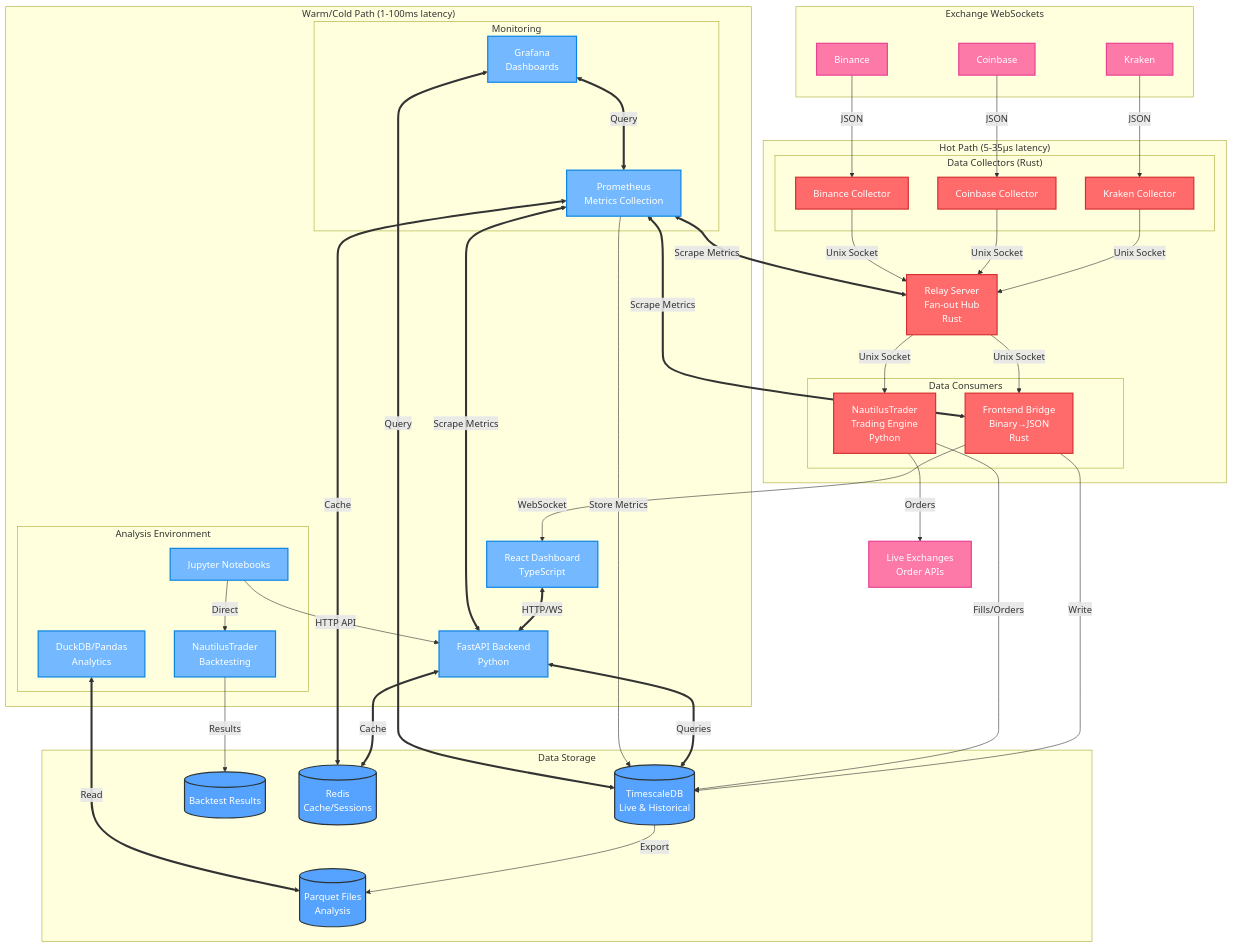
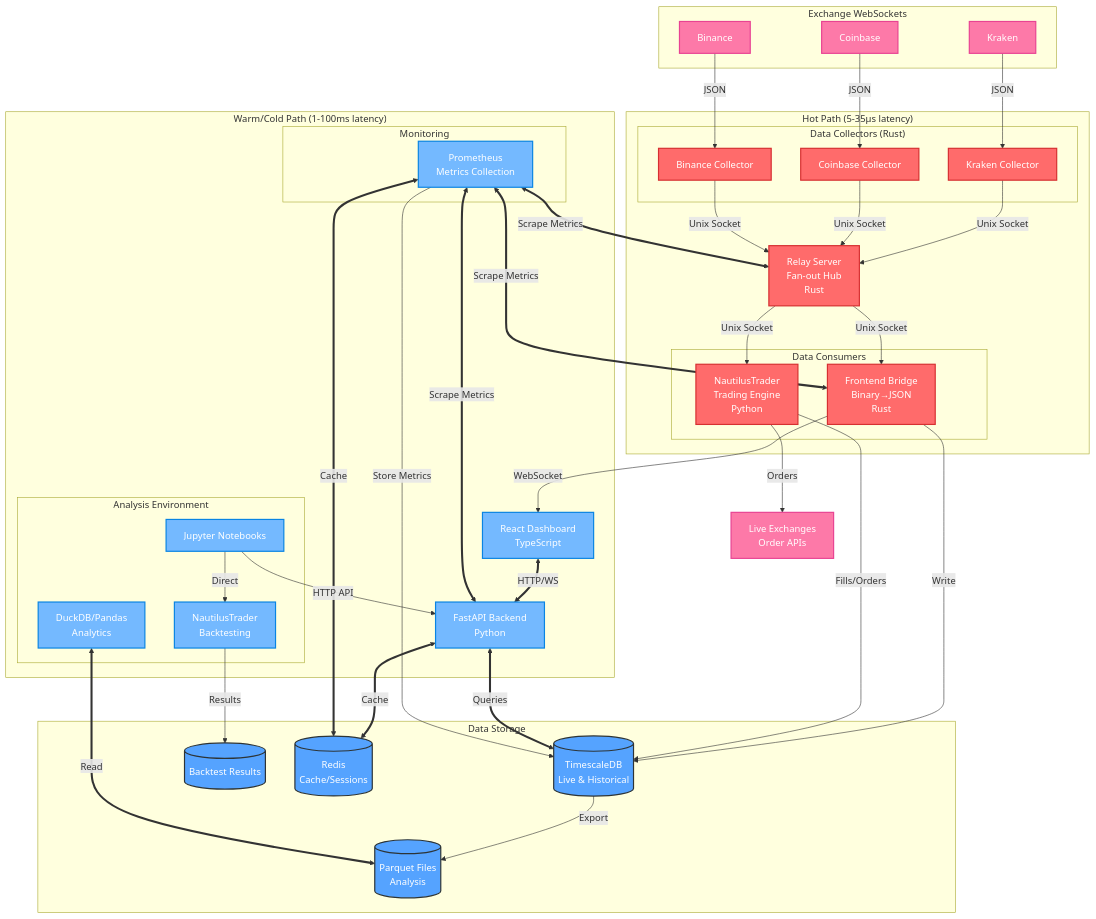
One commit to dawsh2/AlphaPulse changed the diagram in README2.md. Above: the diagram before and after it, drawn with Mermaid. The commit also changed other lines of this file and 1 other file, not shown here.

Commit message:
Tokio + Unix Sockets

````diff
--- a/README2.md
+++ b/README2.md
@@ -46,7 +46,6 @@
         
         subgraph "Monitoring"
             Prometheus[Prometheus<br/>Metrics Collection]
-            Grafana[Grafana<br/>Dashboards]
         end
     end
     
@@ -92,8 +91,6 @@
     Prometheus <==>|Scrape Metrics| FrontendBridge
     Prometheus <==>|Cache| Redis
     Prometheus -->|Store Metrics| TimescaleDB
-    Grafana <==>|Query| Prometheus
-    Grafana <==>|Query| TimescaleDB
     
     %% Data Pipeline
     TimescaleDB -->|Export| ParquetFiles
@@ -107,7 +104,7 @@
     classDef external fill:#fd79a8,stroke:#e84393,stroke-width:2px,color:#fff
     
     class KrakenCollector,CoinbaseCollector,BinanceCollector,RelayServer,FrontendBridge,NautilusTrader hotPath
-    class ReactDashboard,FastAPI,Jupyter,DuckDB,NautilusBacktest,Prometheus,Grafana warmPath
+    class ReactDashboard,FastAPI,Jupyter,DuckDB,NautilusBacktest,Prometheus warmPath
     class TimescaleDB,Redis,ParquetFiles,BacktestDB storage
     class KrakenWS,CoinbaseWS,BinanceWS,Exchanges external
 ```
````
